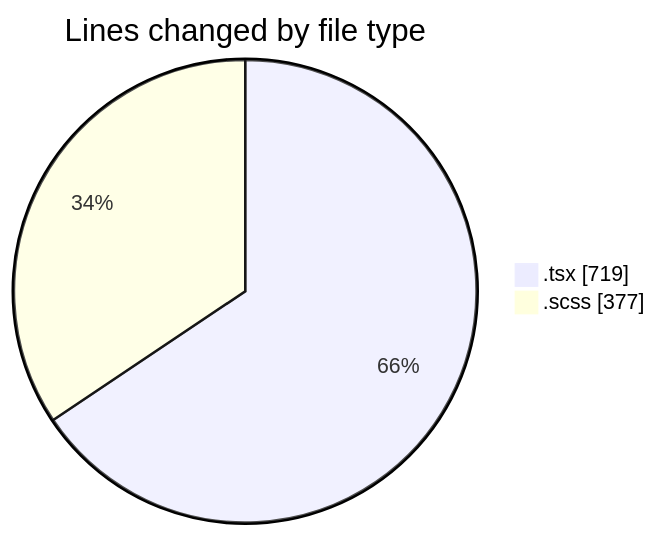
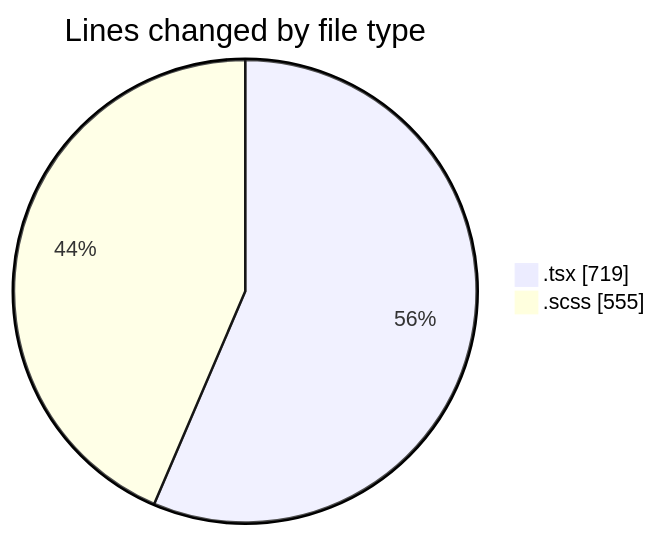
Before and after one commit to momahboobian/code-tracking: the first of 2 diagrams in 2025-10-06/cda/README.md, drawn with Mermaid. The commit also changed other lines of this file and 1 other file, not shown here.

````diff
--- a/2025-10-06/cda/README.md
+++ b/2025-10-06/cda/README.md
@@ -23,6 +24,6 @@
 ```mermaid
 pie showData
 title Lines changed by file type
 ".tsx" : 719
-".scss" : 377
+".scss" : 555
 ```
````
